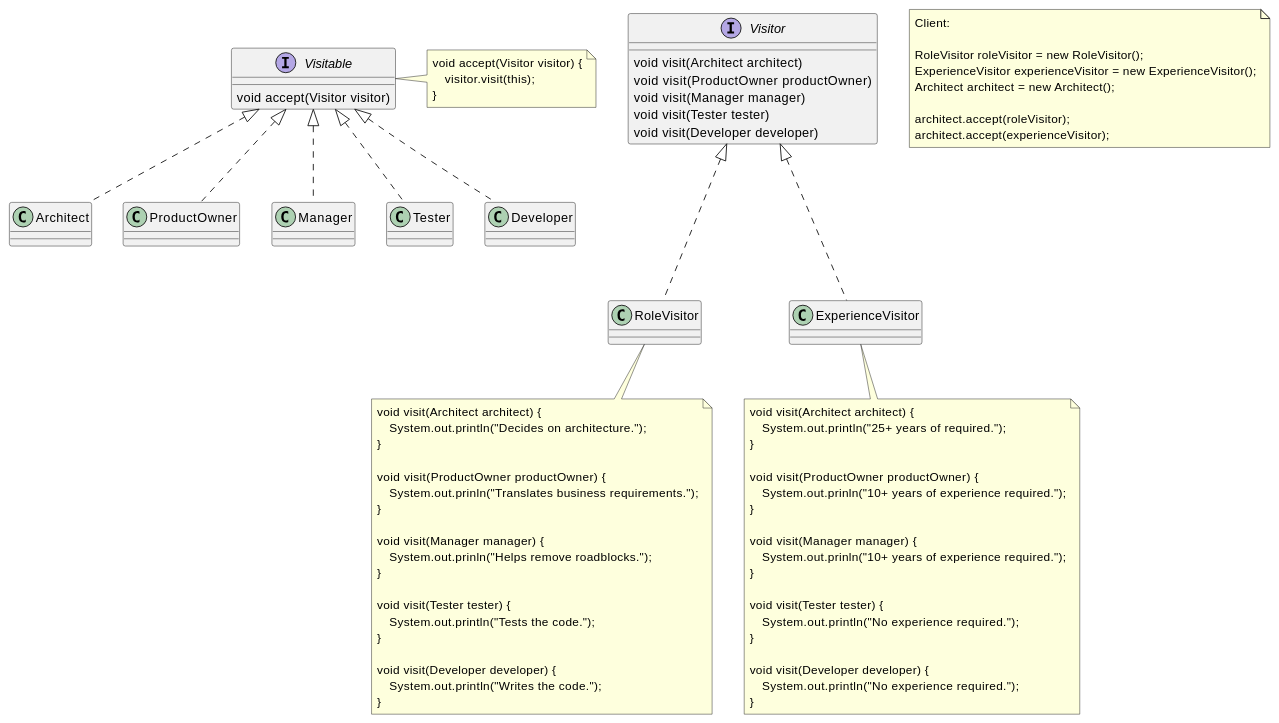
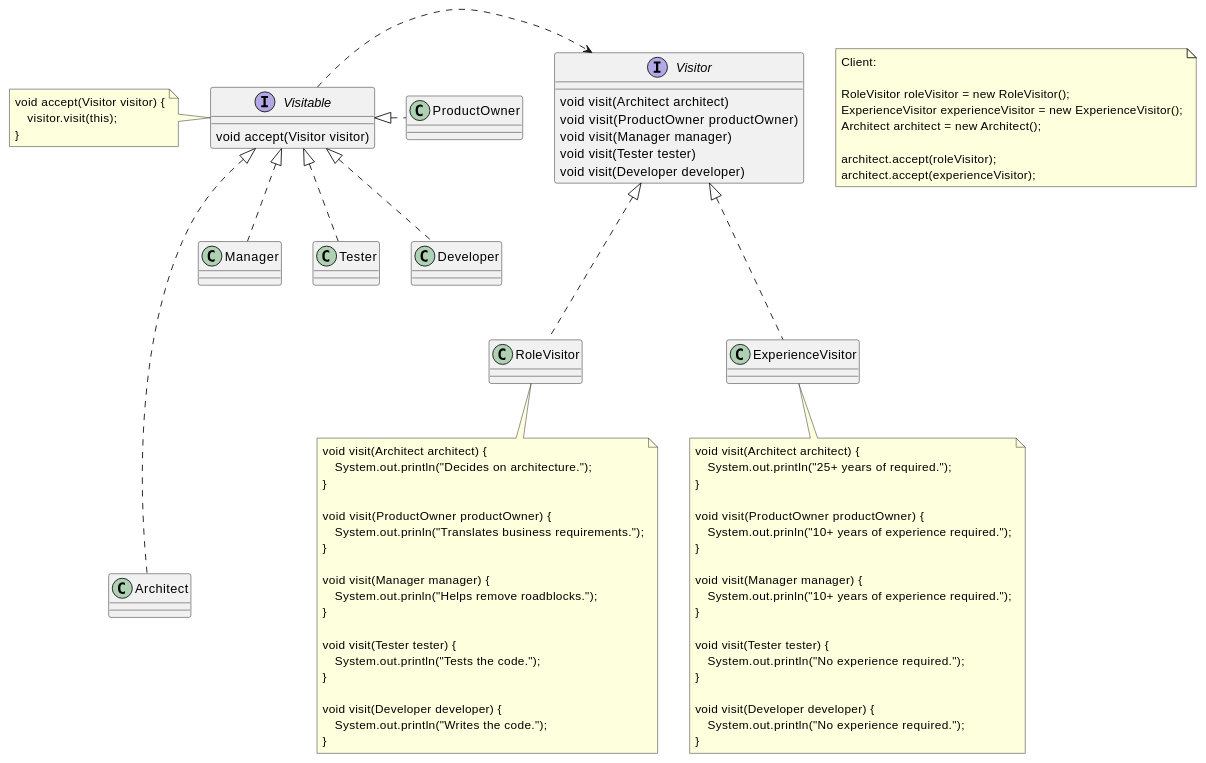
One commit to kishan-patel/kishan-patel.github.io changed the second of 3 diagrams in _drafts/design-patters-v2.markdown. Above: the diagram before and after it, drawn with PlantUML. The commit also changed other lines of this file, not shown here.

```diff
--- a/_drafts/design-patters-v2.markdown
+++ b/_drafts/design-patters-v2.markdown
@@ -74,14 +160,15 @@
 }
 Class ExperienceVisitor {
 }
-Visitable <|.. Architect
-Visitable <|.. ProductOwner
+Visitable .> Visitor
+Visitable <|.... Architect
+Visitable <|. ProductOwner
 Visitable <|.. Manager
 Visitable <|.. Tester
 Visitable <|.. Developer
 Visitor <|... RoleVisitor
 Visitor <|... ExperienceVisitor
-note right of Visitable
+note left of Visitable
 void accept(Visitor visitor) {
     visitor.visit(this);
 }
```
